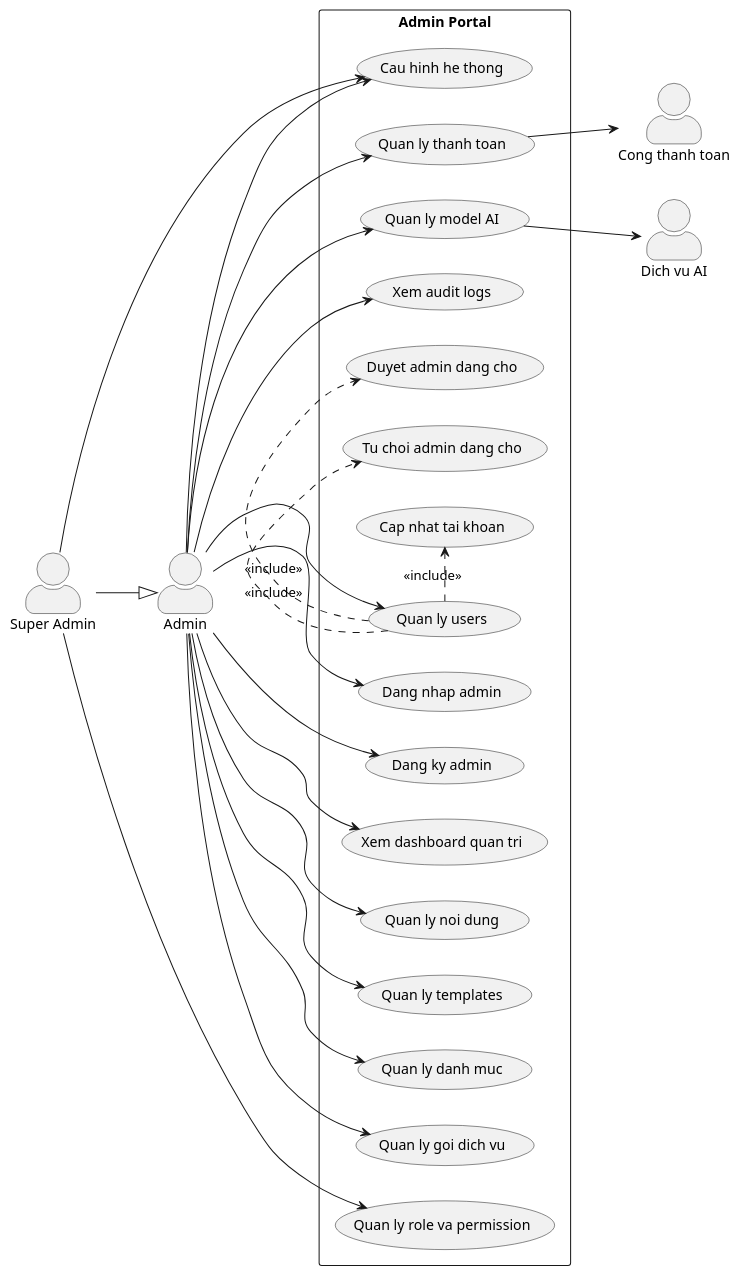
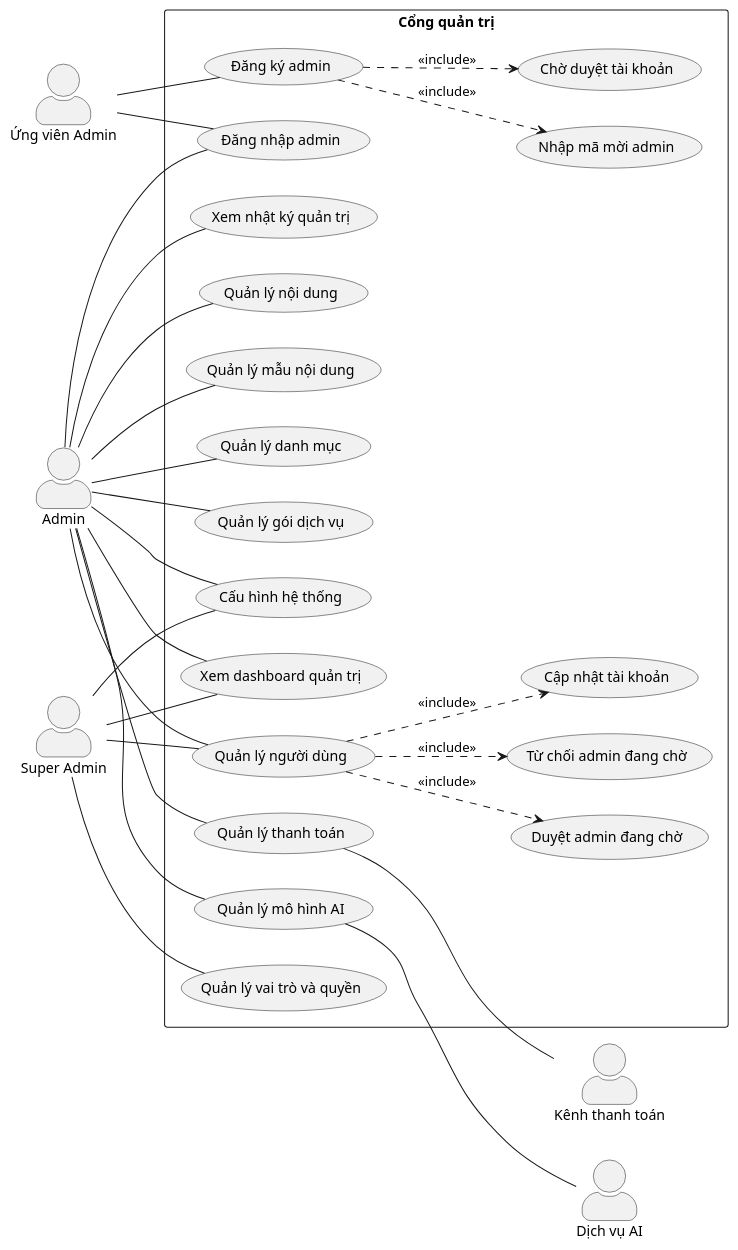
The third of 3 diagrams in frontend/USE_CASES.md (23521228-BuiLeHuyPhuoc/NT114.Q21-Web-Copy-Writing), drawn with PlantUML before and after one commit. The commit also changed other lines of this file and 4 other files, not shown here.

````diff
--- a/frontend/USE_CASES.md
+++ b/frontend/USE_CASES.md
@@ -179,54 +193,62 @@
 ```plantuml
 @startuml
 left to right direction
 skinparam packageStyle rectangle
 skinparam actorStyle awesome
 
+actor "Ứng viên Admin" as AdminCandidate
 actor "Admin" as Admin
 actor "Super Admin" as SuperAdmin
-actor "Cong thanh toan" as PaymentGateway
-actor "Dich vu AI" as AIService
+actor "Kênh thanh toán" as PaymentChannel
+actor "Dịch vụ AI" as AIService
 
-rectangle "Admin Portal" {
-  usecase "Dang nhap admin" as AdminLogin
-  usecase "Dang ky admin" as AdminRegister
-  usecase "Xem dashboard quan tri" as Dashboard
-  usecase "Quan ly users" as Users
-  usecase "Duyet admin dang cho" as ApproveAdmin
-  usecase "Tu choi admin dang cho" as RejectAdmin
-  usecase "Cap nhat tai khoan" as UpdateUser
-  usecase "Quan ly noi dung" as Contents
-  usecase "Quan ly templates" as Templates
-  usecase "Quan ly danh muc" as Categories
-  usecase "Quan ly goi dich vu" as Plans
-  usecase "Quan ly thanh toan" as Payments
-  usecase "Quan ly model AI" as Models
-  usecase "Cau hinh he thong" as Settings
-  usecase "Xem audit logs" as AuditLogs
-  usecase "Quan ly role va permission" as Permissions
+rectangle "Cổng quản trị" {
+  usecase "Đăng nhập admin" as AdminLogin
+  usecase "Đăng ký admin" as AdminRegister
+  usecase "Nhập mã mời admin" as EnterInviteCode
+  usecase "Chờ duyệt tài khoản" as WaitApproval
+  usecase "Xem dashboard quản trị" as Dashboard
+  usecase "Quản lý người dùng" as Users
+  usecase "Duyệt admin đang chờ" as ApproveAdmin
+  usecase "Từ chối admin đang chờ" as RejectAdmin
+  usecase "Cập nhật tài khoản" as UpdateUser
+  usecase "Quản lý nội dung" as Contents
+  usecase "Quản lý mẫu nội dung" as Templates
+  usecase "Quản lý danh mục" as Categories
+  usecase "Quản lý gói dịch vụ" as Plans
+  usecase "Quản lý thanh toán" as Payments
+  usecase "Quản lý mô hình AI" as Models
+  usecase "Cấu hình hệ thống" as Settings
+  usecase "Xem nhật ký quản trị" as AuditLogs
+  usecase "Quản lý vai trò và quyền" as Permissions
 }
 
-Admin --> AdminLogin
-Admin --> AdminRegister
-Admin --> Dashboard
-Admin --> Users
-Admin --> Contents
-Admin --> Templates
-Admin --> Categories
-Admin --> Plans
-Admin --> Payments
-Admin --> Models
-Admin --> Settings
-Admin --> AuditLogs
+AdminCandidate -- AdminRegister
+AdminCandidate -- AdminLogin
+AdminRegister ..> EnterInviteCode : <<include>>
+AdminRegister ..> WaitApproval : <<include>>
 
-Users .> ApproveAdmin : <<include>>
-Users .> RejectAdmin : <<include>>
-Users .> UpdateUser : <<include>>
-Payments --> PaymentGateway
-Models --> AIService
+Admin -- AdminLogin
+Admin -- Dashboard
+Admin -- Users
+Admin -- Contents
+Admin -- Templates
+Admin -- Categories
+Admin -- Plans
+Admin -- Payments
+Admin -- Models
+Admin -- Settings
+Admin -- AuditLogs
 
-SuperAdmin --|> Admin
-SuperAdmin --> Permissions
-SuperAdmin --> Settings
+Users ..> ApproveAdmin : <<include>>
+Users ..> RejectAdmin : <<include>>
+Users ..> UpdateUser : <<include>>
+Payments -- PaymentChannel
+Models -- AIService
+
+SuperAdmin -- Dashboard
+SuperAdmin -- Users
+SuperAdmin -- Permissions
+SuperAdmin -- Settings
 @enduml
 ```
````
